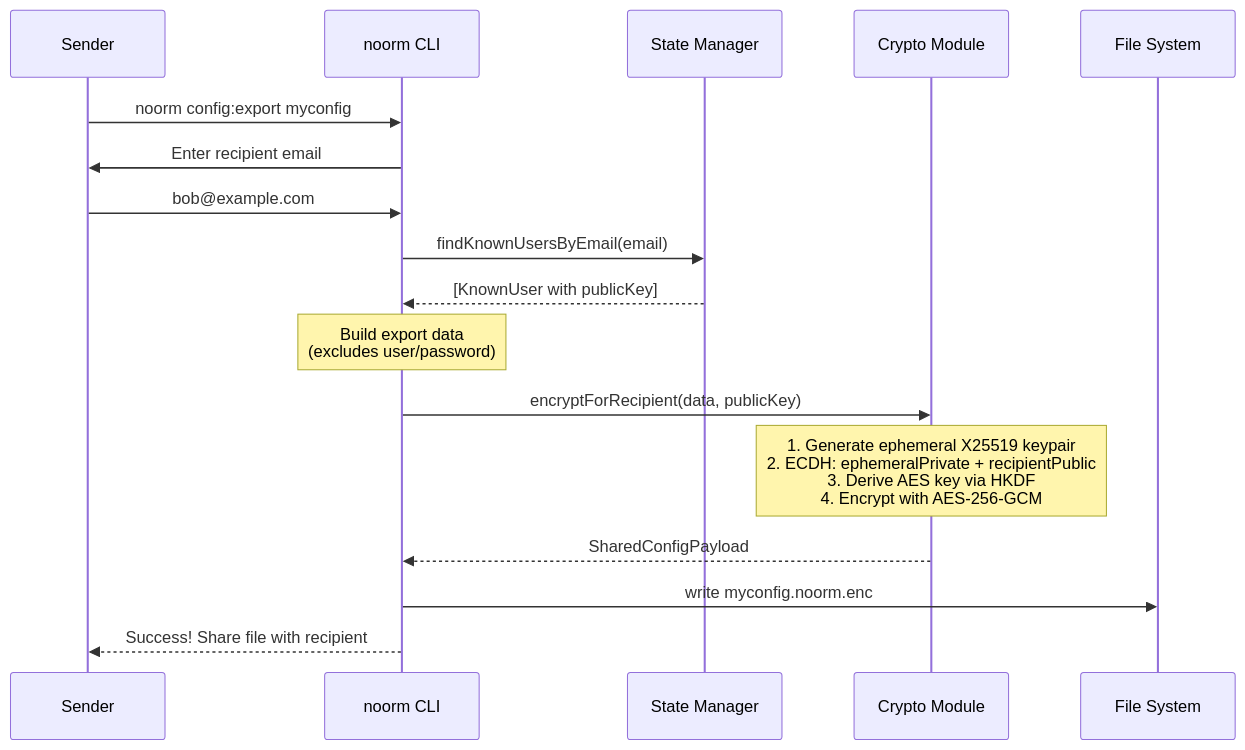
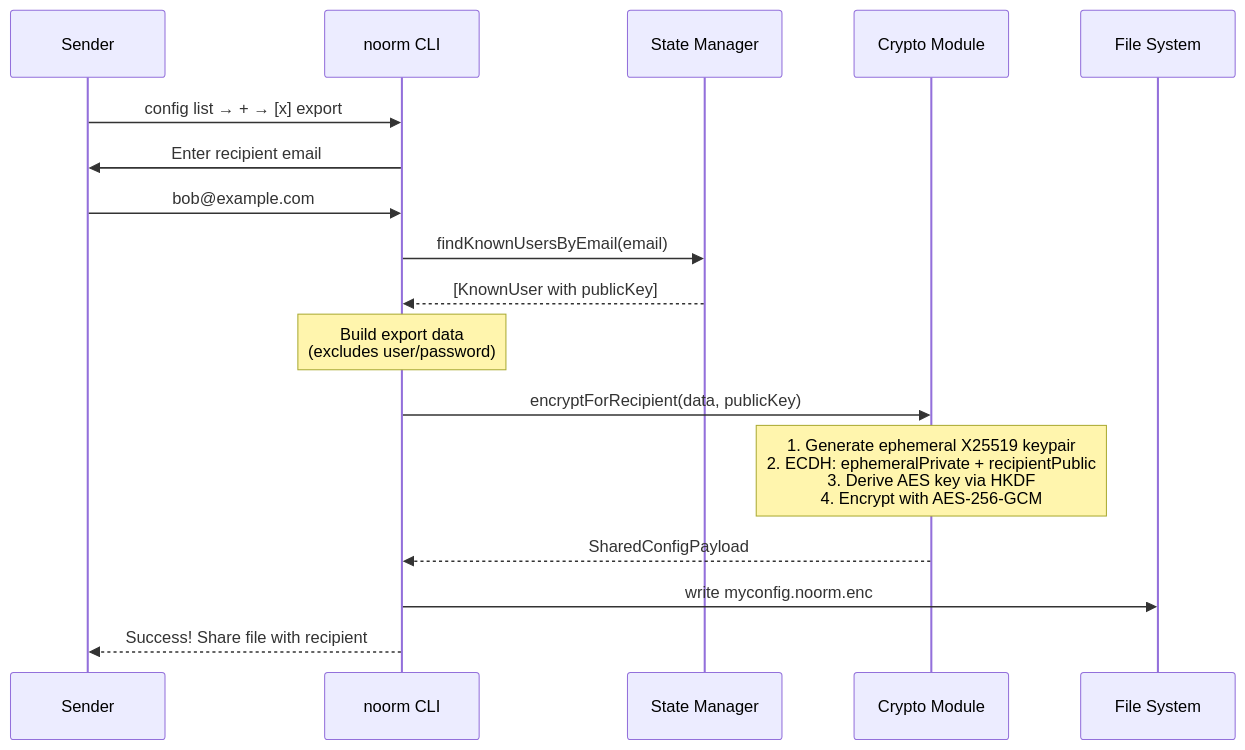
The second of 4 diagrams in docs/dev/config-sharing.md (noormdev/noorm), drawn with Mermaid before and after one commit. The commit also changed other lines of this file and 69 other files, not shown here.

````diff
--- a/docs/dev/config-sharing.md
+++ b/docs/dev/config-sharing.md
@@ -42,24 +46,24 @@
 ```mermaid
 sequenceDiagram
     participant User as Sender
     participant CLI as noorm CLI
     participant State as State Manager
     participant Crypto as Crypto Module
     participant FS as File System
 
-    User->>CLI: noorm config:export myconfig
+    User->>CLI: config list → + → [x] export
     CLI->>User: Enter recipient email
     User->>CLI: bob@example.com
     CLI->>State: findKnownUsersByEmail(email)
     State-->>CLI: [KnownUser with publicKey]
 
     Note over CLI: Build export data<br/>(excludes user/password)
 
     CLI->>Crypto: encryptForRecipient(data, publicKey)
 
     Note over Crypto: 1. Generate ephemeral X25519 keypair<br/>2. ECDH: ephemeralPrivate + recipientPublic<br/>3. Derive AES key via HKDF<br/>4. Encrypt with AES-256-GCM
 
     Crypto-->>CLI: SharedConfigPayload
     CLI->>FS: write myconfig.noorm.enc
     CLI-->>User: Success! Share file with recipient
 ```
````
